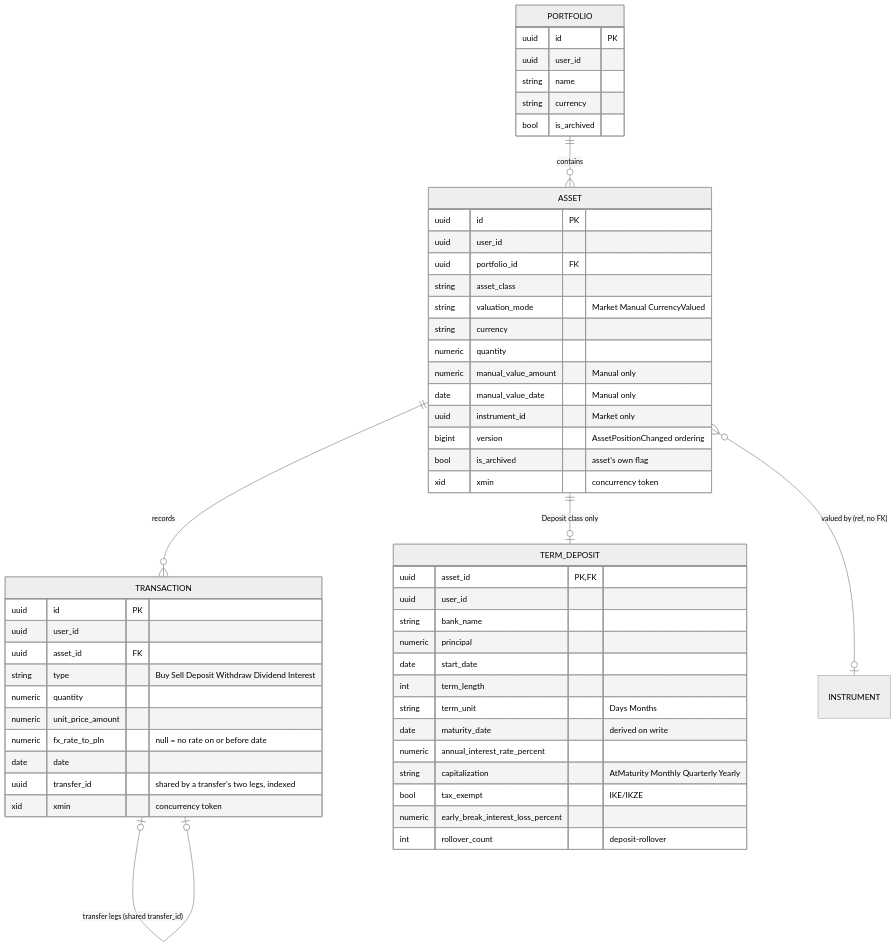
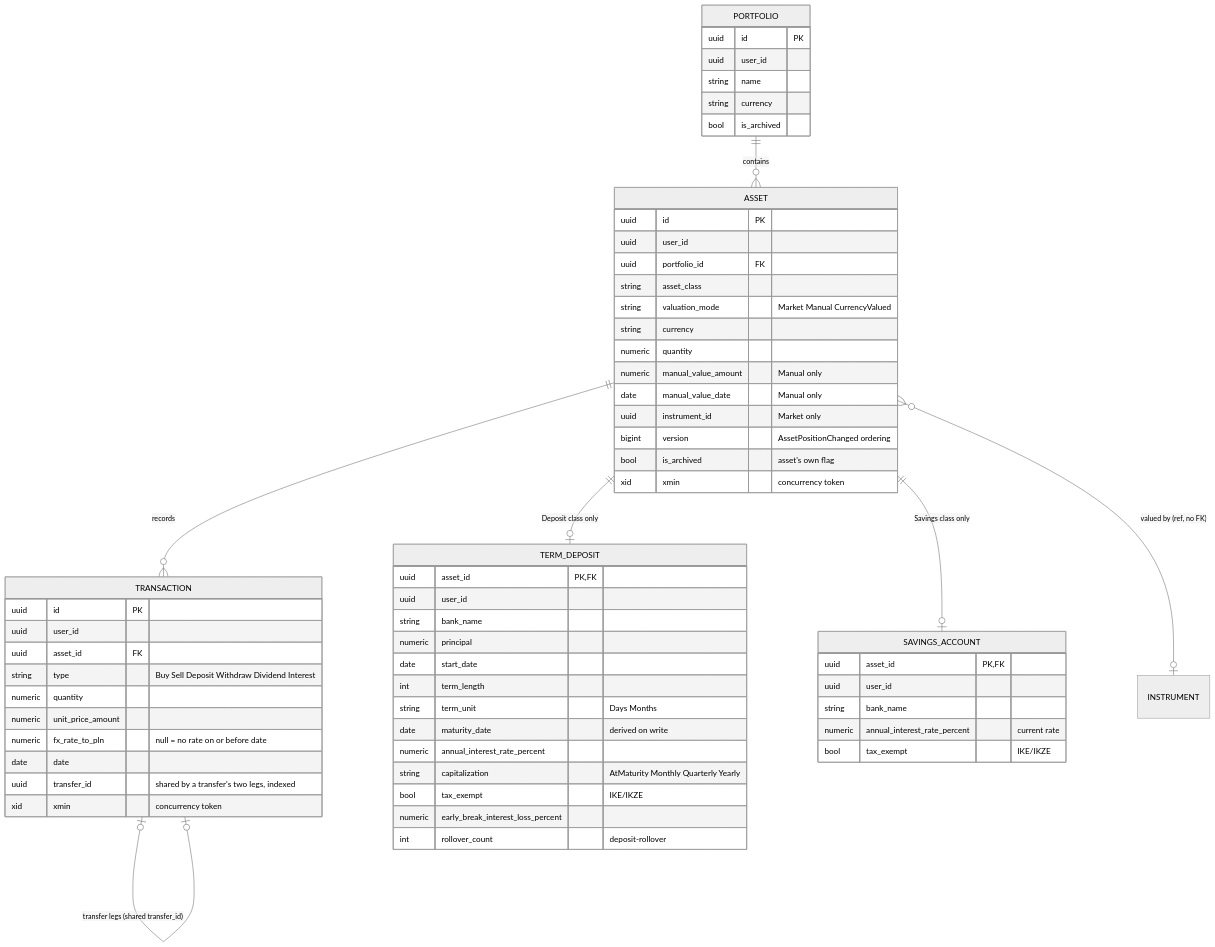
One commit to Maliniak93/FinMel changed the first of 3 diagrams in skarbiec-plan/domain.md. Above: the diagram before and after it, drawn with Mermaid (neutral theme). The commit also changed other lines of this file and 75 other files, not shown here.

First line of the commit message:
Savings accounts: the account, CRUD and the Savings tab (#146)

````diff
--- a/skarbiec-plan/domain.md
+++ b/skarbiec-plan/domain.md
@@ -43,57 +46,65 @@
 ```mermaid
 erDiagram
     PORTFOLIO ||--o{ ASSET : contains
     ASSET ||--o{ TRANSACTION : records
     TRANSACTION |o--o| TRANSACTION : "transfer legs (shared transfer_id)"
     ASSET ||--o| TERM_DEPOSIT : "Deposit class only"
+    ASSET ||--o| SAVINGS_ACCOUNT : "Savings class only"
     ASSET }o--o| INSTRUMENT : "valued by (ref, no FK)"
     PORTFOLIO {
         uuid id PK
         uuid user_id
         string name
         string currency
         bool is_archived
     }
     ASSET {
         uuid id PK
         uuid user_id
         uuid portfolio_id FK
         string asset_class
         string valuation_mode "Market Manual CurrencyValued"
         string currency
         numeric quantity
         numeric manual_value_amount "Manual only"
         date manual_value_date "Manual only"
         uuid instrument_id "Market only"
         bigint version "AssetPositionChanged ordering"
         bool is_archived "asset's own flag"
         xid xmin "concurrency token"
     }
     TRANSACTION {
         uuid id PK
         uuid user_id
         uuid asset_id FK
         string type "Buy Sell Deposit Withdraw Dividend Interest"
         numeric quantity
         numeric unit_price_amount
         numeric fx_rate_to_pln "null = no rate on or before date"
         date date
         uuid transfer_id "shared by a transfer's two legs, indexed"
         xid xmin "concurrency token"
     }
     TERM_DEPOSIT {
         uuid asset_id PK, FK
         uuid user_id
         string bank_name
         numeric principal
         date start_date
         int term_length
         string term_unit "Days Months"
         date maturity_date "derived on write"
         numeric annual_interest_rate_percent
         string capitalization "AtMaturity Monthly Quarterly Yearly"
         bool tax_exempt "IKE/IKZE"
         numeric early_break_interest_loss_percent
         int rollover_count "deposit-rollover"
     }
+    SAVINGS_ACCOUNT {
+        uuid asset_id PK, FK
+        uuid user_id
+        string bank_name
+        numeric annual_interest_rate_percent "current rate"
+        bool tax_exempt "IKE/IKZE"
+    }
 ```
````
